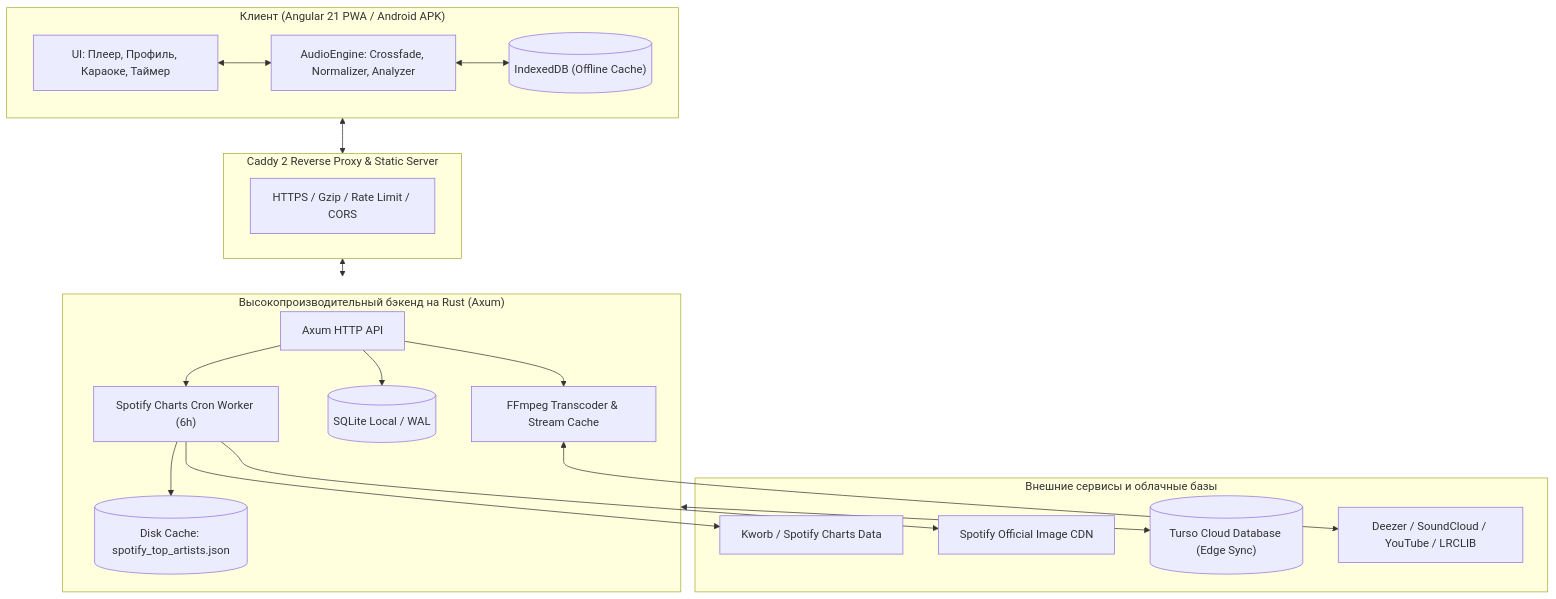
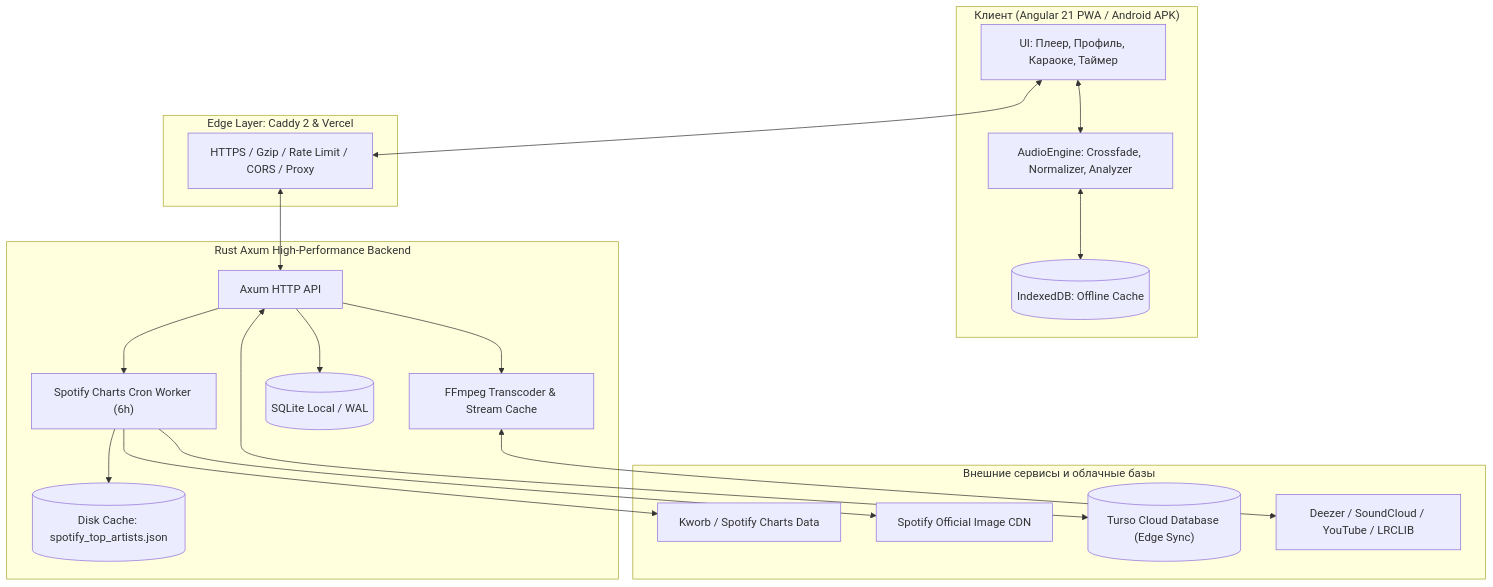
One commit to Ren4ik7284/Recro changed the diagram in README.md. Above: the diagram before and after it, drawn with Mermaid. The commit also changed other lines of this file and 16 other files, not shown here.

````diff
--- a/README.md
+++ b/README.md
@@ -113,41 +119,41 @@
 ```mermaid
 flowchart TD
     subgraph Client["Клиент (Angular 21 PWA / Android APK)"]
         UI["UI: Плеер, Профиль, Караоке, Таймер"]
         AudioEng["AudioEngine: Crossfade, Normalizer, Analyzer"]
-        OfflineStore[("IndexedDB (Offline Cache)")]
+        OfflineStore[("IndexedDB: Offline Cache")]
         UI <--> AudioEng
         AudioEng <--> OfflineStore
     end
 
-    subgraph Edge["Caddy 2 Reverse Proxy & Static Server"]
-        CaddyGate["HTTPS / Gzip / Rate Limit / CORS"]
+    subgraph Edge["Edge Layer: Caddy 2 & Vercel"]
+        CaddyGate["HTTPS / Gzip / Rate Limit / CORS / Proxy"]
     end
 
-    subgraph Backend["Высокопроизводительный бэкенд на Rust (Axum)"]
+    subgraph Backend["Rust Axum High-Performance Backend"]
         Router["Axum HTTP API"]
         SpotifyWorker["Spotify Charts Cron Worker (6h)"]
         StreamEng["FFmpeg Transcoder & Stream Cache"]
         DiscCache[("Disk Cache: spotify_top_artists.json")]
         LocalDB[("SQLite Local / WAL")]
-        
+
         Router --> StreamEng
         Router --> SpotifyWorker
         SpotifyWorker --> DiscCache
         Router --> LocalDB
     end
 
     subgraph Cloud["Внешние сервисы и облачные базы"]
         Kworb["Kworb / Spotify Charts Data"]
         SpotifyCDN["Spotify Official Image CDN"]
         TursoCloud[("Turso Cloud Database (Edge Sync)")]
         Sources["Deezer / SoundCloud / YouTube / LRCLIB"]
     end
 
-    Client <--> Edge
-    Edge <--> Backend
+    UI <--> CaddyGate
+    CaddyGate <--> Router
     SpotifyWorker --> Kworb
     SpotifyWorker --> SpotifyCDN
-    Backend <--> TursoCloud
+    Router <--> TursoCloud
     StreamEng <--> Sources
 ```
````
